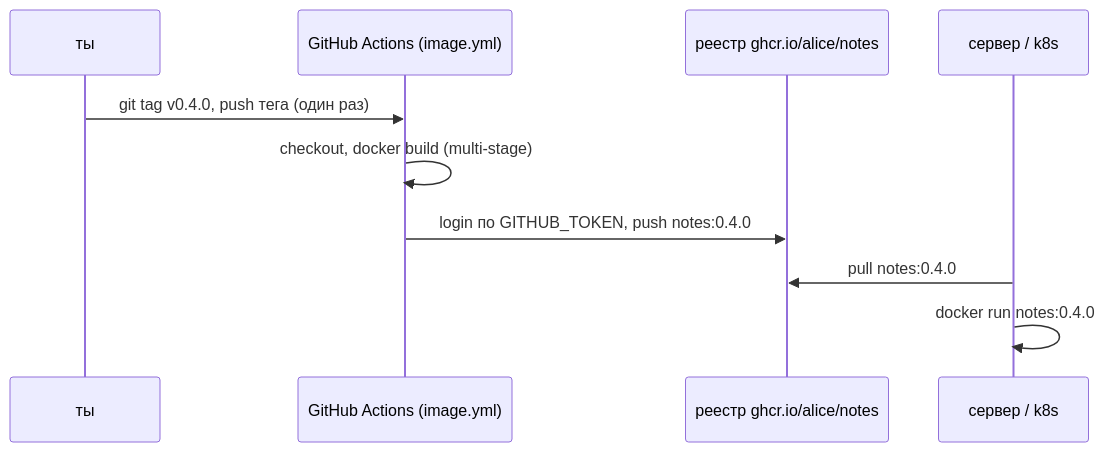
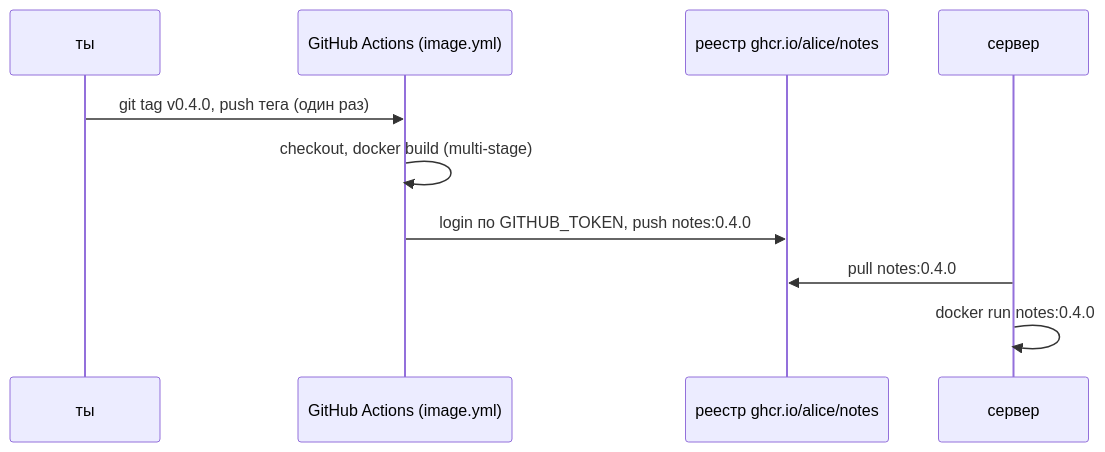
One commit to distinguished-sre/learning changed the first of 4 diagrams in devops/04-docker/07-images-registry.md. Above: the diagram before and after it, drawn with Mermaid. The commit also changed other lines of this file and 462 other files, not shown here.

````diff
--- a/devops/04-docker/07-images-registry.md
+++ b/devops/04-docker/07-images-registry.md
@@ -52,12 +47,12 @@
 ```mermaid
 sequenceDiagram
     participant Y as ты
     participant G as GitHub Actions (image.yml)
     participant R as реестр ghcr.io/alice/notes
-    participant S as сервер / k8s
+    participant S as сервер
     Y->>G: git tag v0.4.0, push тега (один раз)
     G->>G: checkout, docker build (multi-stage)
     G->>R: login по GITHUB_TOKEN, push notes:0.4.0
     S->>R: pull notes:0.4.0
     S->>S: docker run notes:0.4.0
 ```
````
